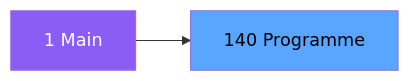
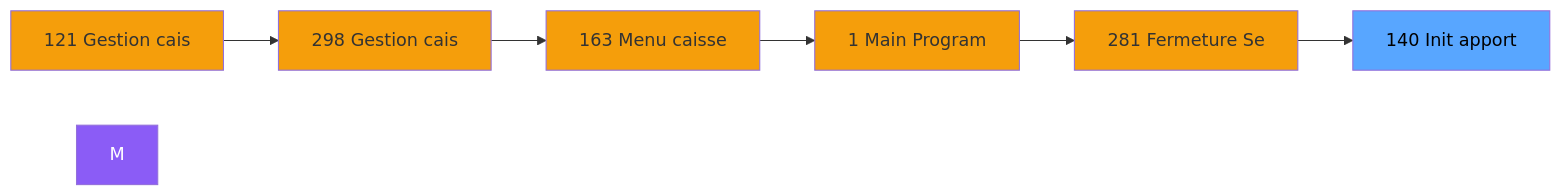
The second of 3 diagrams in .openspec/specs/ADH-IDE-140.md (thonyAGP/magic-migration), drawn with Mermaid before and after one commit. The commit also changed other lines of this file and 323 other files, not shown here.

````diff
--- a/.openspec/specs/ADH-IDE-140.md
+++ b/.openspec/specs/ADH-IDE-140.md
@@ -101,8 +108,21 @@
 ```mermaid
 graph LR
-    M[1 Main]
-    T[140 Programme]
-    M --> T
+    N121[121 Gestion cais]
+    N298[298 Gestion cais]
+    N163[163 Menu caisse ]
+    N1[1 Main Program]
+    N281[281 Fermeture Se]
+    T[140 Init apport ]
+    N121 --> N298
+    N298 --> N163
+    N163 --> N1
+    N1 --> N281
+    N281 --> T
     style M fill:#8b5cf6,color:#fff
+    style N121 fill:#f59e0b
+    style N298 fill:#f59e0b
+    style N163 fill:#f59e0b
+    style N1 fill:#f59e0b
+    style N281 fill:#f59e0b
     style T fill:#58a6ff,color:#000
 ```
````
